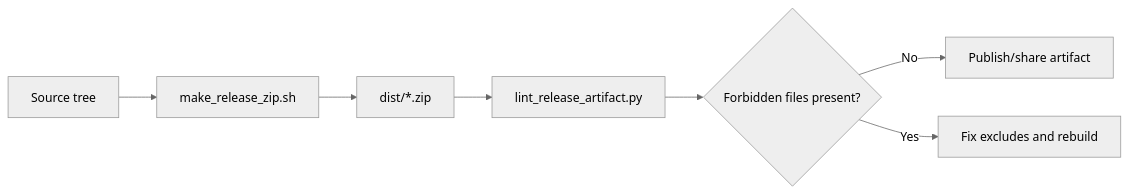
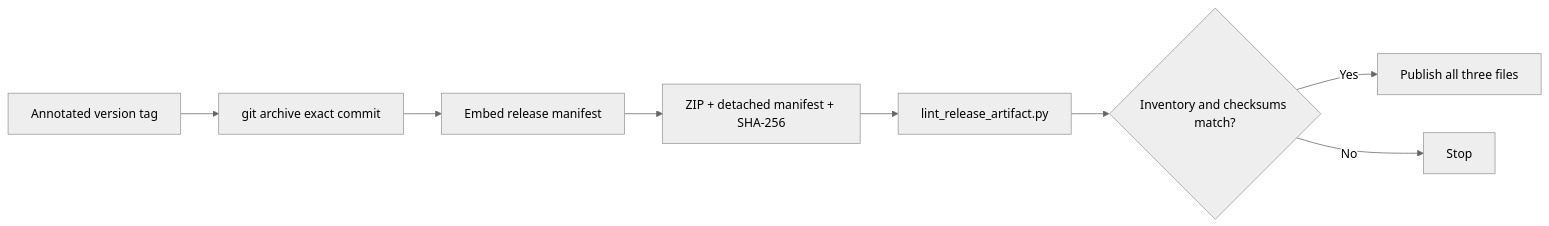
One commit to bseverns/classhub changed the diagram in docs/RELEASING.md. Above: the diagram before and after it, drawn with Mermaid (neutral theme). The commit also changed other lines of this file and 15 other files, not shown here.

````diff
--- a/docs/RELEASING.md
+++ b/docs/RELEASING.md
@@ -9,9 +10,10 @@
 ```mermaid
 flowchart LR
-  A[Source tree] --> B[make_release_zip.sh]
-  B --> C[dist/*.zip]
-  C --> D[lint_release_artifact.py]
-  D --> E{Forbidden files present?}
-  E -->|No| F[Publish/share artifact]
-  E -->|Yes| G[Fix excludes and rebuild]
+  A[Annotated version tag] --> B[git archive exact commit]
+  B --> C[Embed release manifest]
+  C --> D[ZIP + detached manifest + SHA-256]
+  D --> E[lint_release_artifact.py]
+  E --> F{Inventory and checksums match?}
+  F -->|Yes| G[Publish all three files]
+  F -->|No| H[Stop]
 ```
````
